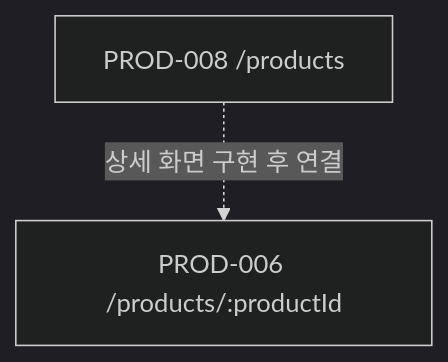
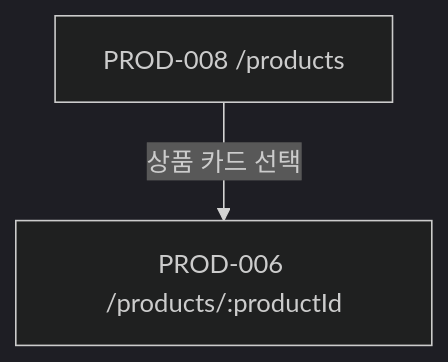
One commit to Team-vintib/Vintib-AI changed the fourth of 4 diagrams in FE/docs/frontend/flows/route-map.md. Above: the diagram before and after it, drawn with Mermaid (dark theme). The commit also changed other lines of this file and 12 other files, not shown here.

````diff
--- a/FE/docs/frontend/flows/route-map.md
+++ b/FE/docs/frontend/flows/route-map.md
@@ -90,7 +90,7 @@
 ```mermaid
 flowchart TD
   ProductList["PROD-008 /products"]
   ProductDetail["PROD-006 /products/:productId"]
 
-  ProductList -. "상세 화면 구현 후 연결" .-> ProductDetail
+  ProductList -->|"상품 카드 선택"| ProductDetail
 ```
````
